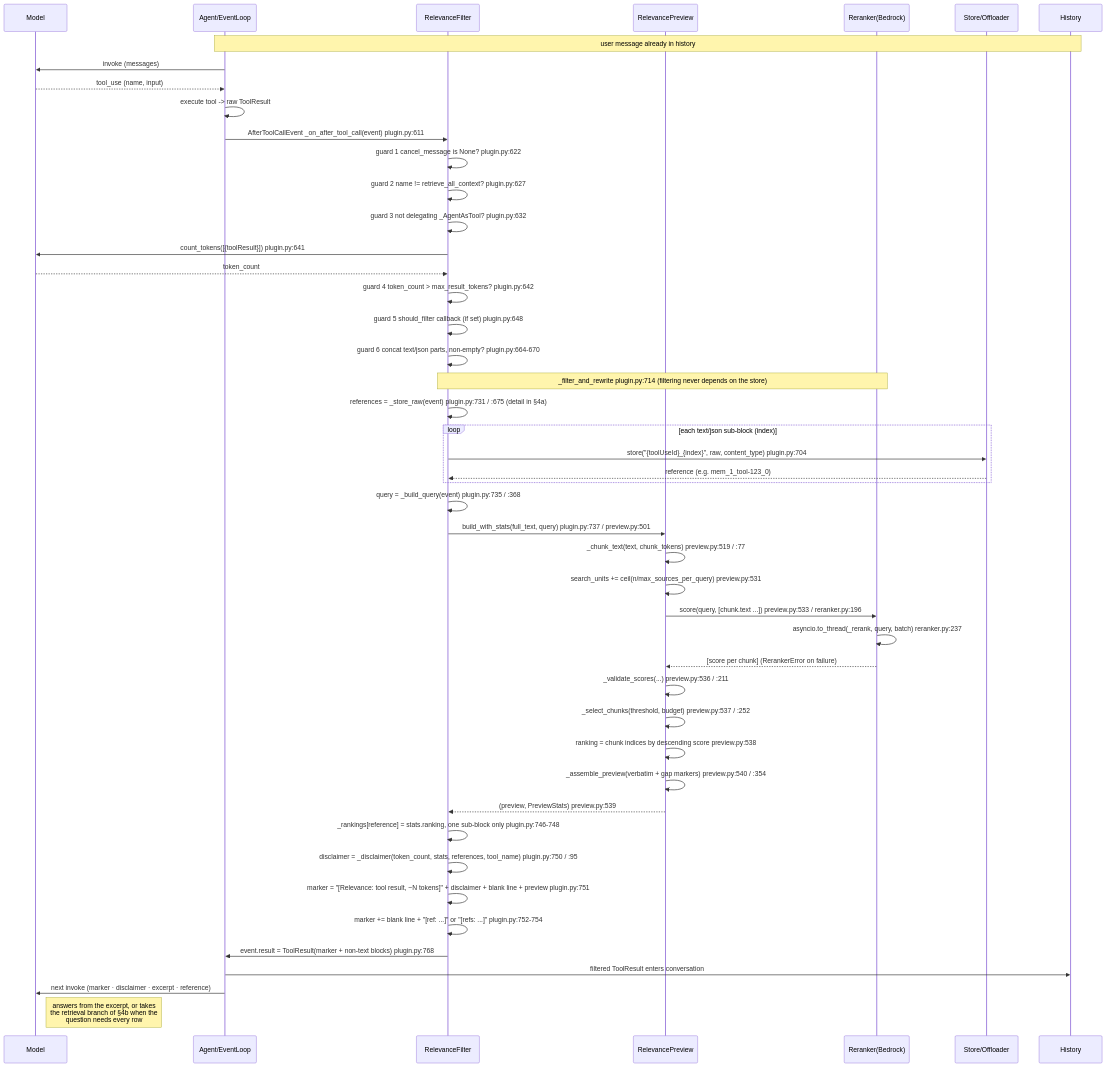
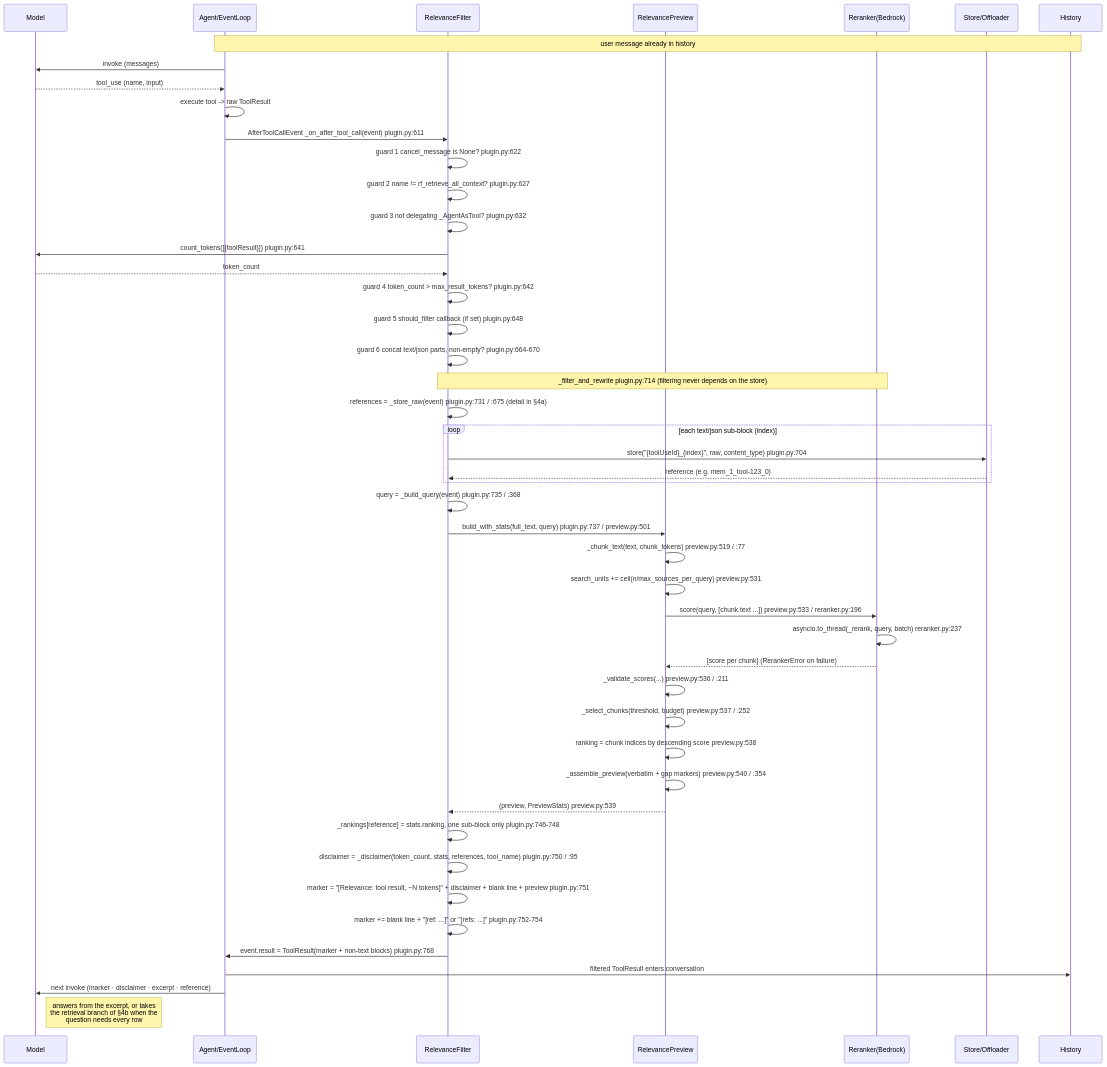
The first of 4 diagrams in docs/design/sequence/sequence-a-relevance-filtering.md (aws-samples/sample-context-engineering), drawn with Mermaid before and after one commit. The commit also changed other lines of this file and 124 other files, not shown here.

````diff
--- a/docs/design/sequence/sequence-a-relevance-filtering.md
+++ b/docs/design/sequence/sequence-a-relevance-filtering.md
@@ -103,53 +103,53 @@
 ```mermaid
 sequenceDiagram
     participant Model
     participant Agent as Agent/EventLoop
     participant RF as RelevanceFilter
     participant Prev as RelevancePreview
     participant RR as Reranker(Bedrock)
     participant Store as Store/Offloader
     participant Hist as History
 
     Note over Agent,Hist: user message already in history
     Agent->>Model: invoke (messages)
     Model-->>Agent: tool_use (name, input)
     Agent->>Agent: execute tool -> raw ToolResult
     Agent->>RF: AfterToolCallEvent  _on_after_tool_call(event)  plugin.py:611
 
     RF->>RF: guard 1 cancel_message is None?  plugin.py:622
-    RF->>RF: guard 2 name != retrieve_all_context?  plugin.py:627
+    RF->>RF: guard 2 name != rf_retrieve_all_context?  plugin.py:627
     RF->>RF: guard 3 not delegating _AgentAsTool?  plugin.py:632
     RF->>Model: count_tokens([{toolResult}])  plugin.py:641
     Model-->>RF: token_count
     RF->>RF: guard 4 token_count > max_result_tokens?  plugin.py:642
     RF->>RF: guard 5 should_filter callback (if set)  plugin.py:648
     RF->>RF: guard 6 concat text/json parts, non-empty?  plugin.py:664-670
 
     Note over RF,RR: _filter_and_rewrite  plugin.py:714  (filtering never depends on the store)
     RF->>RF: references = _store_raw(event)  plugin.py:731 / :675  (detail in §4a)
     loop each text/json sub-block (index)
         RF->>Store: store("{toolUseId}_{index}", raw, content_type)  plugin.py:704
         Store-->>RF: reference (e.g. mem_1_tool-123_0)
     end
     RF->>RF: query = _build_query(event)  plugin.py:735 / :368
     RF->>Prev: build_with_stats(full_text, query)  plugin.py:737 / preview.py:501
     Prev->>Prev: _chunk_text(text, chunk_tokens)  preview.py:519 / :77
     Prev->>Prev: search_units += ceil(n/max_sources_per_query)  preview.py:531
     Prev->>RR: score(query, [chunk.text ...])  preview.py:533 / reranker.py:196
     RR->>RR: asyncio.to_thread(_rerank, query, batch)  reranker.py:237
     RR-->>Prev: [score per chunk]  (RerankerError on failure)
     Prev->>Prev: _validate_scores(...)  preview.py:536 / :211
     Prev->>Prev: _select_chunks(threshold, budget)  preview.py:537 / :252
     Prev->>Prev: ranking = chunk indices by descending score  preview.py:538
     Prev->>Prev: _assemble_preview(verbatim + gap markers)  preview.py:540 / :354
     Prev-->>RF: (preview, PreviewStats)  preview.py:539
 
     RF->>RF: _rankings[reference] = stats.ranking, one sub-block only  plugin.py:746-748
     RF->>RF: disclaimer = _disclaimer(token_count, stats, references, tool_name)  plugin.py:750 / :95
     RF->>RF: marker = "[Relevance: tool result, ~N tokens]" + disclaimer + blank line + preview  plugin.py:751
     RF->>RF: marker += blank line + "[ref: ...]" or "[refs: ...]"  plugin.py:752-754
     RF->>Agent: event.result = ToolResult(marker + non-text blocks)  plugin.py:768
     Agent->>Hist: filtered ToolResult enters conversation
     Agent->>Model: next invoke (marker · disclaimer · excerpt · reference)
     Note right of Model: answers from the excerpt, or takes<br/>the retrieval branch of §4b when the<br/>question needs every row
 ```
````
